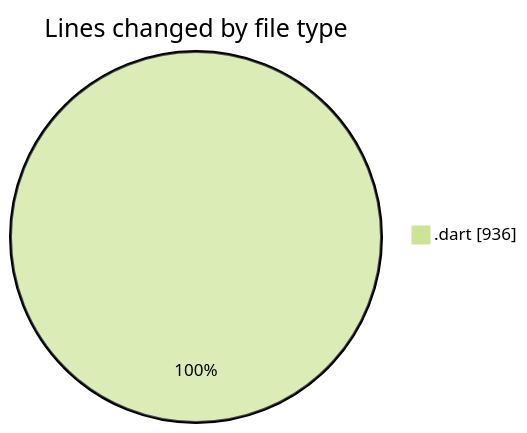
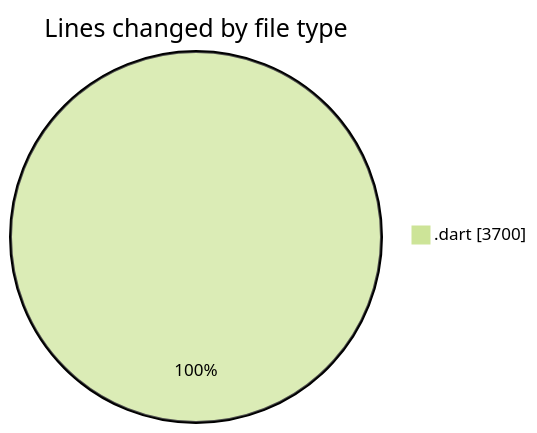
The first of 2 diagrams in 2025-08-17/studybuddy/README.md (lephambinh05/code-tracking), drawn with Mermaid (forest theme) before and after one commit. The commit also changed other lines of this file and 1 other file, not shown here.

````diff
--- a/2025-08-17/studybuddy/README.md
+++ b/2025-08-17/studybuddy/README.md
@@ -23,5 +31,5 @@
 ```mermaid
 pie showData
 title Lines changed by file type
-".dart" : 936
+".dart" : 3700
 ```
````
